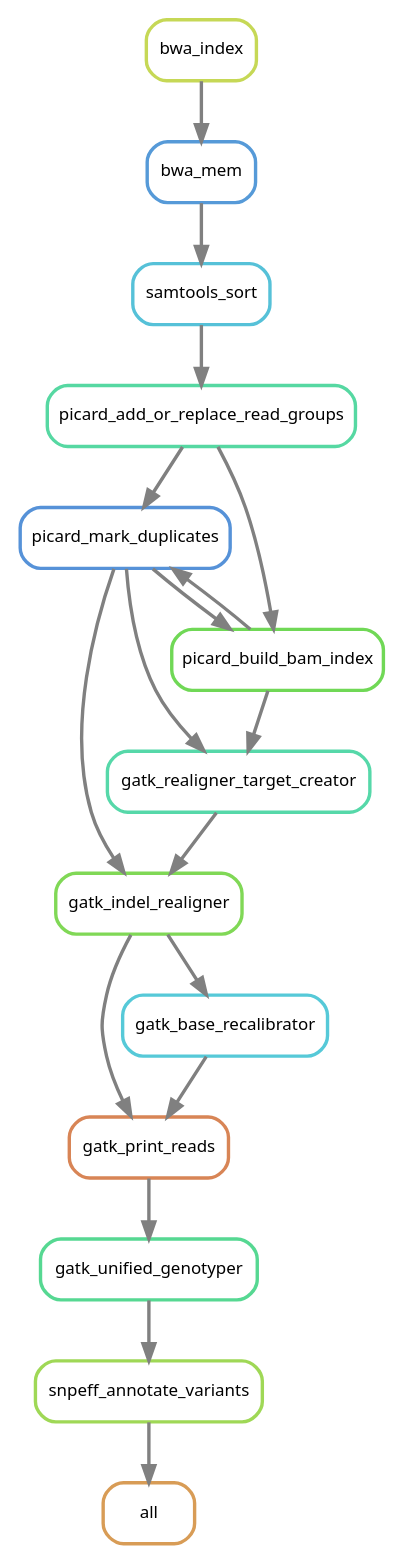
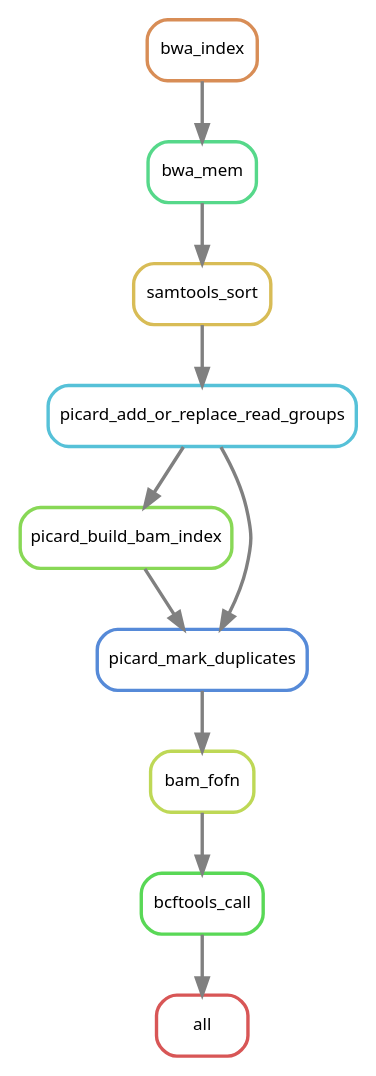
Before and after one commit to percyfal/snakemake-rules: the diagram in sphinx/source/docs/examples.rst, drawn with Graphviz. The commit also changed other lines of this file and 6 other files, not shown here.

```diff
--- a/sphinx/source/docs/examples.rst
+++ b/sphinx/source/docs/examples.rst
@@ -140,37 +141,25 @@
 .. graphviz::
 
    digraph snakemake_dag {
-    graph[bgcolor=white, margin=0];
-    node[shape=box, style=rounded, fontname=sans,                 fontsize=10, penwidth=2];
-    edge[penwidth=2, color=grey];
-	0[label = "bwa_mem", color = "0.58 0.6 0.85", style="rounded"];
-	1[label = "bwa_index", color = "0.19 0.6 0.85", style="rounded"];
-	2[label = "picard_mark_duplicates", color = "0.59 0.6 0.85", style="rounded"];
-	3[label = "gatk_unified_genotyper", color = "0.41 0.6 0.85", style="rounded"];
-	4[label = "gatk_realigner_target_creator", color = "0.44 0.6 0.85", style="rounded"];
-	5[label = "gatk_print_reads", color = "0.06 0.6 0.85", style="rounded"];
-	6[label = "picard_add_or_replace_read_groups", color = "0.43 0.6 0.85", style="rounded"];
-	7[label = "snpeff_annotate_variants", color = "0.24 0.6 0.85", style="rounded"];
-	8[label = "all", color = "0.09 0.6 0.85", style="rounded"];
-	9[label = "gatk_indel_realigner", color = "0.28 0.6 0.85", style="rounded"];
-	10[label = "picard_build_bam_index", color = "0.30 0.6 0.85", style="rounded"];
-	11[label = "gatk_base_recalibrator", color = "0.52 0.6 0.85", style="rounded"];
-	12[label = "samtools_sort", color = "0.53 0.6 0.85", style="rounded"];
-	1 -> 0
-	6 -> 2
-	10 -> 2
-	5 -> 3
-	2 -> 4
-	10 -> 4
-	9 -> 5
-	11 -> 5
-	12 -> 6
-	3 -> 7
-	7 -> 8
-	2 -> 9
-	4 -> 9
-	2 -> 10
-	6 -> 10
-	9 -> 11
-	0 -> 12
-   }  
+       graph[bgcolor=white, margin=0];
+       node[shape=box, style=rounded, fontname=sans,                 fontsize=10, penwidth=2];
+       edge[penwidth=2, color=grey];
+	   0[label = "bwa_mem", color = "0.40 0.6 0.85", style="rounded"];
+	   1[label = "samtools_sort", color = "0.13 0.6 0.85", style="rounded"];
+	   2[label = "all", color = "0.00 0.6 0.85", style="rounded"];
+	   3[label = "bam_fofn", color = "0.20 0.6 0.85", style="rounded"];
+	   4[label = "picard_add_or_replace_read_groups", color = "0.53 0.6 0.85", style="rounded"];
+	   5[label = "bwa_index", color = "0.07 0.6 0.85", style="rounded"];
+	   6[label = "bcftools_call", color = "0.33 0.6 0.85", style="rounded"];
+	   7[label = "picard_build_bam_index", color = "0.27 0.6 0.85", style="rounded"];
+	   8[label = "picard_mark_duplicates", color = "0.60 0.6 0.85", style="rounded"];
+	   5 -> 0
+	   0 -> 1
+	   6 -> 2
+	   8 -> 3
+	   1 -> 4
+	   3 -> 6
+	   4 -> 7
+	   7 -> 8
+	   4 -> 8
+   }                 
```
